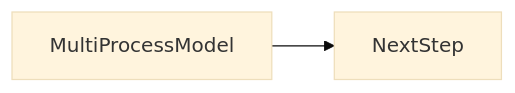
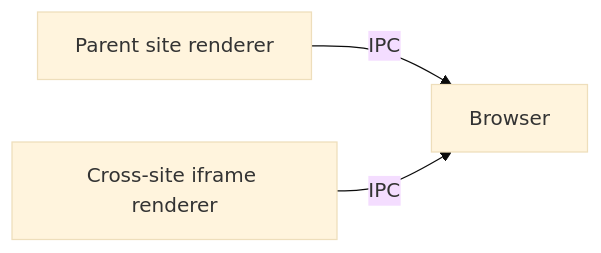
Before and after one commit to OmidJavaherii/Frontend-Engineering-Handbook: the second of 2 diagrams in docs/en/03-browser/multi-process-model/index.md, drawn with Mermaid (base theme). The commit also changed other lines of this file and 461 other files, not shown here.

````diff
--- a/docs/en/03-browser/multi-process-model/index.md
+++ b/docs/en/03-browser/multi-process-model/index.md
@@ -96,4 +109,5 @@
 ```mermaid
 flowchart LR
-  concept[MultiProcessModel] --> nextStep[NextStep]
+  Parent[Parent site renderer] -->|IPC| Browser
+  Child[Cross-site iframe renderer] -->|IPC| Browser
 ```
````
